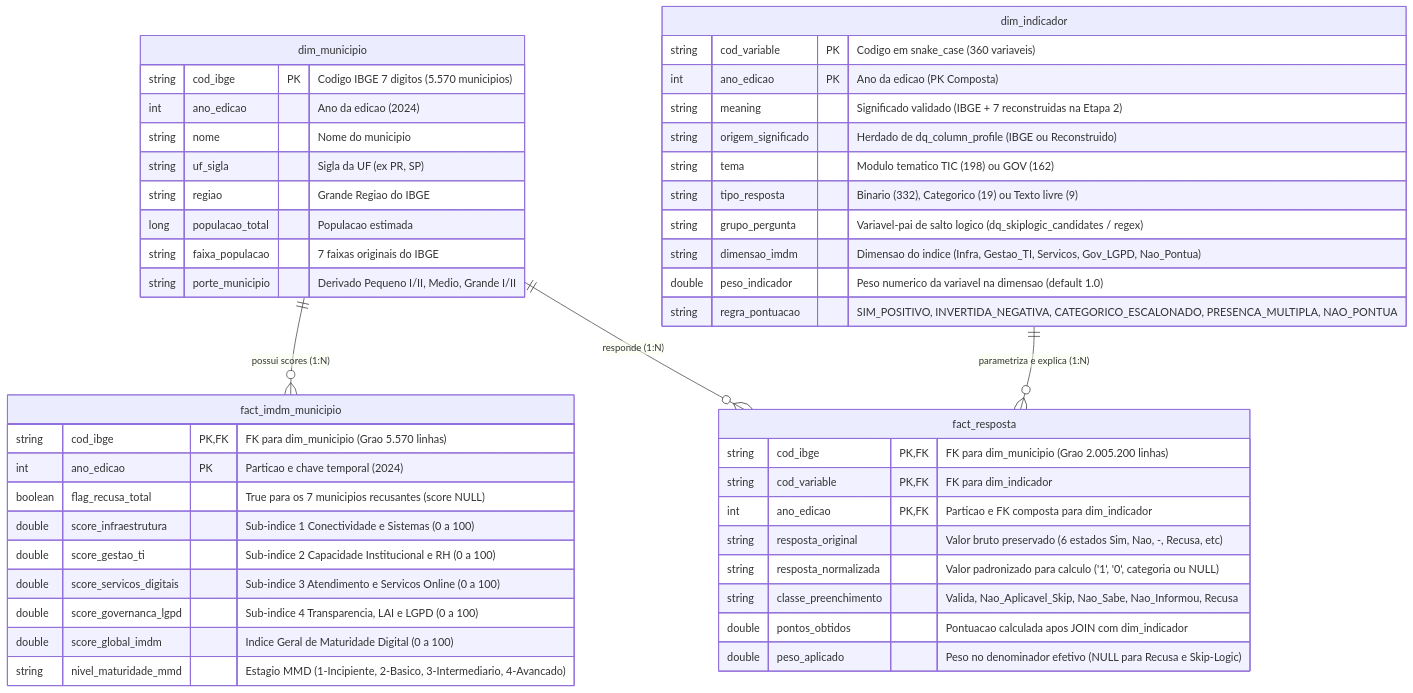
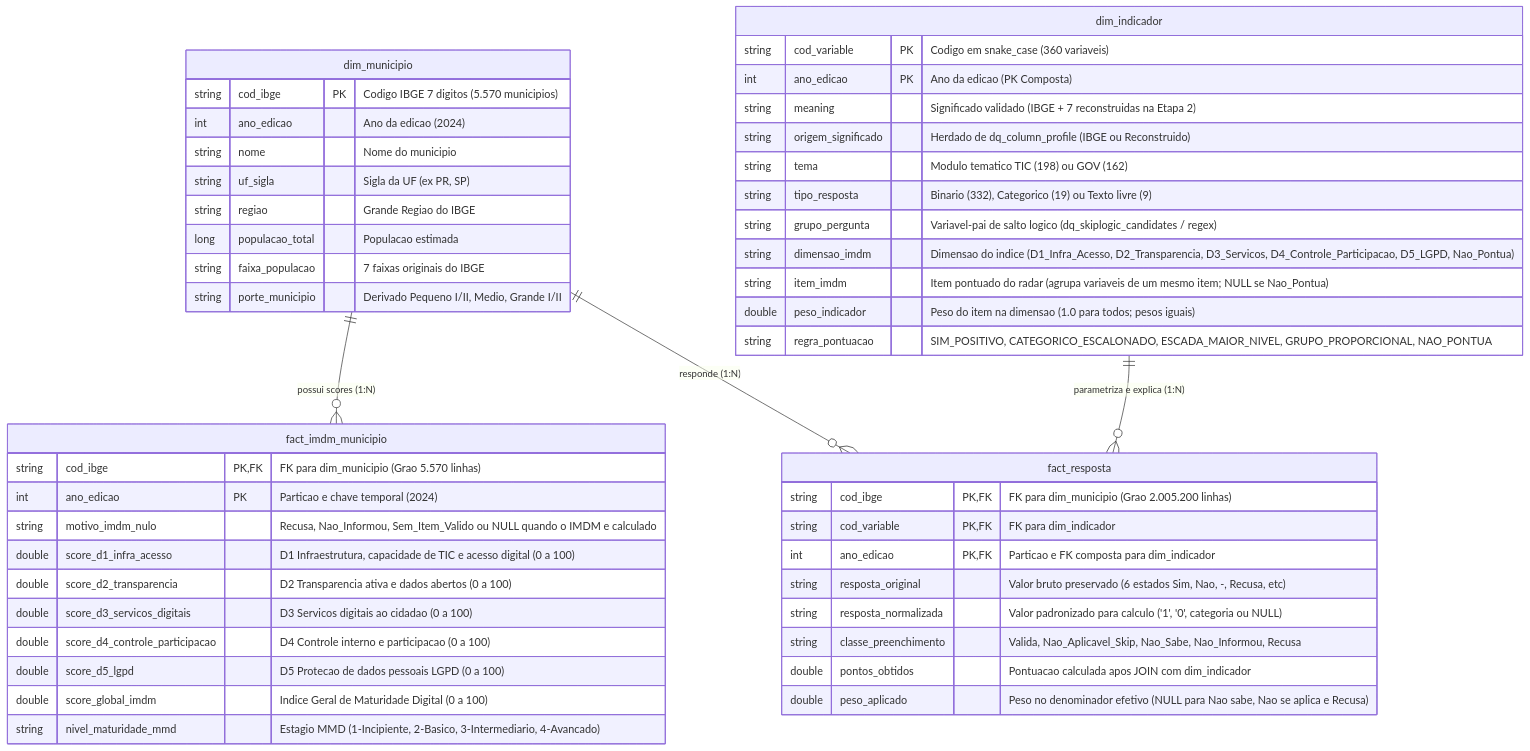
One commit to MateusPanunci/governanca-munic-databricks changed the diagram in docs/gold_dimensional_model.md. Above: the diagram before and after it, drawn with Mermaid. The commit also changed other lines of this file and 1 other file, not shown here.

Commit message:
create radar MD and update gold dimension MD

````diff
--- a/docs/gold_dimensional_model.md
+++ b/docs/gold_dimensional_model.md
@@ -61,53 +66,55 @@
 ```mermaid
 erDiagram
     dim_municipio ||--o{ fact_imdm_municipio : "possui scores (1:N)"
     dim_municipio ||--o{ fact_resposta : "responde (1:N)"
     dim_indicador ||--o{ fact_resposta : "parametriza e explica (1:N)"
 
     dim_municipio {
         string cod_ibge PK "Codigo IBGE 7 digitos (5.570 municipios)"
         int ano_edicao "Ano da edicao (2024)"
         string nome "Nome do municipio"
         string uf_sigla "Sigla da UF (ex PR, SP)"
         string regiao "Grande Regiao do IBGE"
         long populacao_total "Populacao estimada"
         string faixa_populacao "7 faixas originais do IBGE"
         string porte_municipio "Derivado Pequeno I/II, Medio, Grande I/II"
     }
 
     dim_indicador {
         string cod_variable PK "Codigo em snake_case (360 variaveis)"
         int ano_edicao PK "Ano da edicao (PK Composta)"
         string meaning "Significado validado (IBGE + 7 reconstruidas na Etapa 2)"
         string origem_significado "Herdado de dq_column_profile (IBGE ou Reconstruido)"
         string tema "Modulo tematico TIC (198) ou GOV (162)"
         string tipo_resposta "Binario (332), Categorico (19) ou Texto livre (9)"
         string grupo_pergunta "Variavel-pai de salto logico (dq_skiplogic_candidates / regex)"
-        string dimensao_imdm "Dimensao do indice (Infra, Gestao_TI, Servicos, Gov_LGPD, Nao_Pontua)"
-        double peso_indicador "Peso numerico da variavel na dimensao (default 1.0)"
-        string regra_pontuacao "SIM_POSITIVO, INVERTIDA_NEGATIVA, CATEGORICO_ESCALONADO, PRESENCA_MULTIPLA, NAO_PONTUA"
+        string dimensao_imdm "Dimensao do indice (D1_Infra_Acesso, D2_Transparencia, D3_Servicos, D4_Controle_Participacao, D5_LGPD, Nao_Pontua)"
+        string item_imdm "Item pontuado do radar (agrupa variaveis de um mesmo item; NULL se Nao_Pontua)"
+        double peso_indicador "Peso do item na dimensao (1.0 para todos; pesos iguais)"
+        string regra_pontuacao "SIM_POSITIVO, CATEGORICO_ESCALONADO, ESCADA_MAIOR_NIVEL, GRUPO_PROPORCIONAL, NAO_PONTUA"
     }
 
     fact_imdm_municipio {
         string cod_ibge PK,FK "FK para dim_municipio (Grao 5.570 linhas)"
         int ano_edicao PK "Particao e chave temporal (2024)"
-        boolean flag_recusa_total "True para os 7 municipios recusantes (score NULL)"
-        double score_infraestrutura "Sub-indice 1 Conectividade e Sistemas (0 a 100)"
-        double score_gestao_ti "Sub-indice 2 Capacidade Institucional e RH (0 a 100)"
-        double score_servicos_digitais "Sub-indice 3 Atendimento e Servicos Online (0 a 100)"
-        double score_governanca_lgpd "Sub-indice 4 Transparencia, LAI e LGPD (0 a 100)"
+        string motivo_imdm_nulo "Recusa, Nao_Informou, Sem_Item_Valido ou NULL quando o IMDM e calculado"
+        double score_d1_infra_acesso "D1 Infraestrutura, capacidade de TIC e acesso digital (0 a 100)"
+        double score_d2_transparencia "D2 Transparencia ativa e dados abertos (0 a 100)"
+        double score_d3_servicos_digitais "D3 Servicos digitais ao cidadao (0 a 100)"
+        double score_d4_controle_participacao "D4 Controle interno e participacao (0 a 100)"
+        double score_d5_lgpd "D5 Protecao de dados pessoais LGPD (0 a 100)"
         double score_global_imdm "Indice Geral de Maturidade Digital (0 a 100)"
         string nivel_maturidade_mmd "Estagio MMD (1-Incipiente, 2-Basico, 3-Intermediario, 4-Avancado)"
     }
 
     fact_resposta {
         string cod_ibge PK,FK "FK para dim_municipio (Grao 2.005.200 linhas)"
         string cod_variable PK,FK "FK para dim_indicador"
         int ano_edicao PK,FK "Particao e FK composta para dim_indicador"
         string resposta_original "Valor bruto preservado (6 estados Sim, Nao, -, Recusa, etc)"
         string resposta_normalizada "Valor padronizado para calculo ('1', '0', categoria ou NULL)"
         string classe_preenchimento "Valida, Nao_Aplicavel_Skip, Nao_Sabe, Nao_Informou, Recusa"
         double pontos_obtidos "Pontuacao calculada apos JOIN com dim_indicador"
-        double peso_aplicado "Peso no denominador efetivo (NULL para Recusa e Skip-Logic)"
+        double peso_aplicado "Peso no denominador efetivo (NULL para Nao sabe, Nao se aplica e Recusa)"
     }
 ```
````
